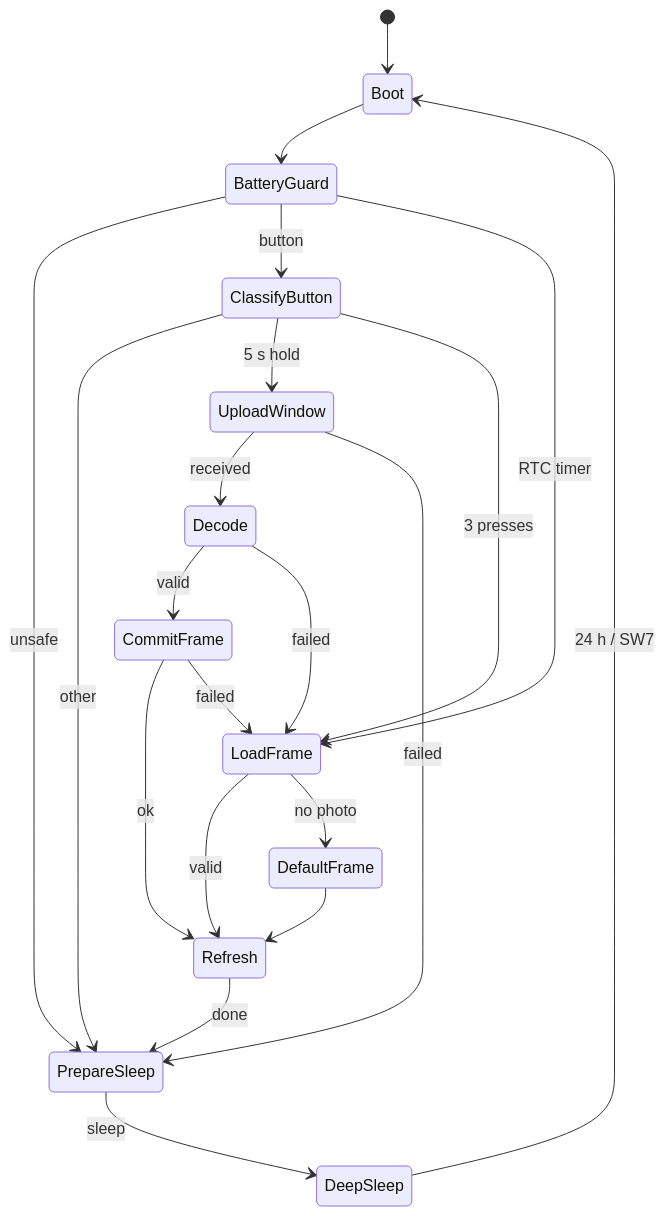
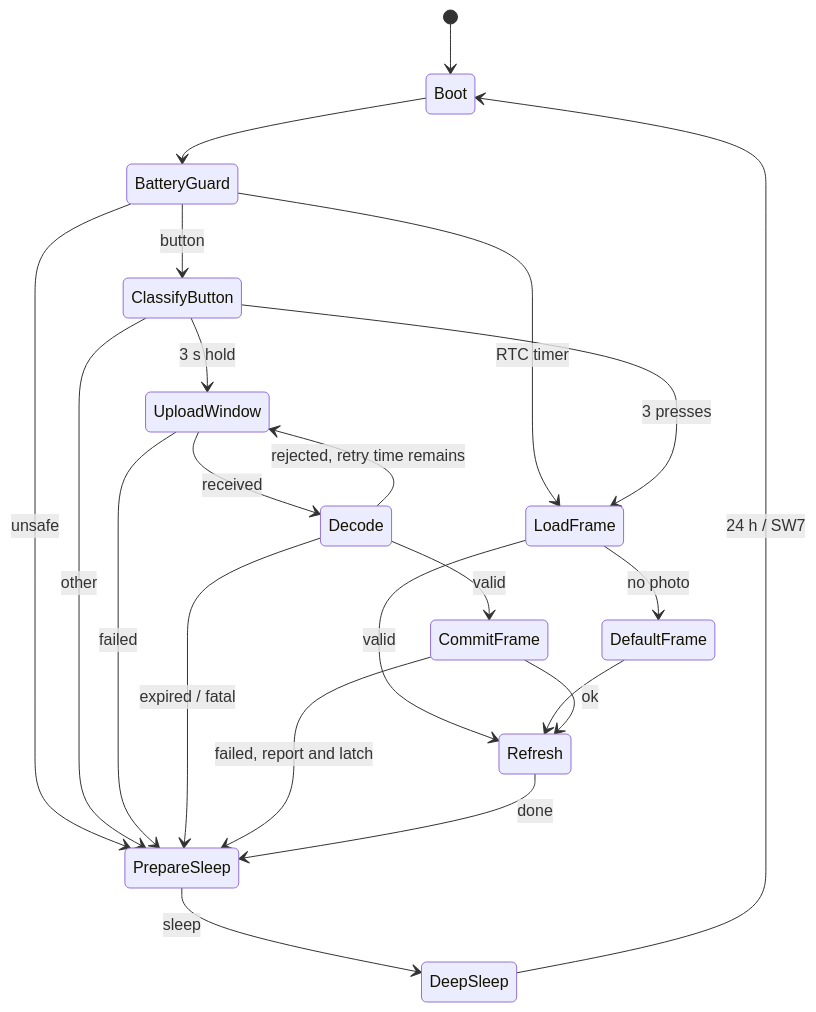
One commit to Maokx1/hof_frame changed the first of 4 diagrams in firmware/STATE_MACHINE.md. Above: the diagram before and after it, drawn with Mermaid. The commit also changed other lines of this file and 2 other files, not shown here.

Commit message:
docs(firmware): document current modes, upload flow and recovery diagnostics

````diff
--- a/firmware/STATE_MACHINE.md
+++ b/firmware/STATE_MACHINE.md
@@ -160,23 +110,24 @@
 ```mermaid
 stateDiagram-v2
     [*] --> Boot
     DeepSleep --> Boot: 24 h / SW7
     Boot --> BatteryGuard
     BatteryGuard --> PrepareSleep: unsafe
     BatteryGuard --> ClassifyButton: button
     BatteryGuard --> LoadFrame: RTC timer
     ClassifyButton --> PrepareSleep: other
-    ClassifyButton --> UploadWindow: 5 s hold
+    ClassifyButton --> UploadWindow: 3 s hold
     ClassifyButton --> LoadFrame: 3 presses
     LoadFrame --> Refresh: valid
     LoadFrame --> DefaultFrame: no photo
     DefaultFrame --> Refresh
     UploadWindow --> Decode: received
     UploadWindow --> PrepareSleep: failed
     Decode --> CommitFrame: valid
-    Decode --> LoadFrame: failed
+    Decode --> UploadWindow: rejected, retry time remains
+    Decode --> PrepareSleep: expired / fatal
     CommitFrame --> Refresh: ok
-    CommitFrame --> LoadFrame: failed
+    CommitFrame --> PrepareSleep: failed, report and latch
     Refresh --> PrepareSleep: done
     PrepareSleep --> DeepSleep: sleep
 ```
````
